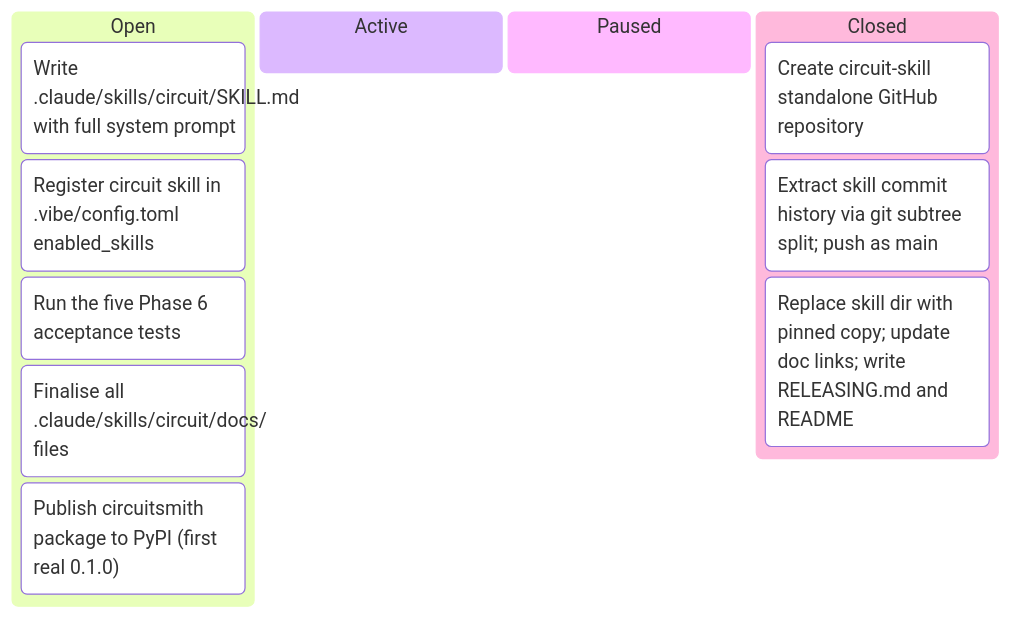
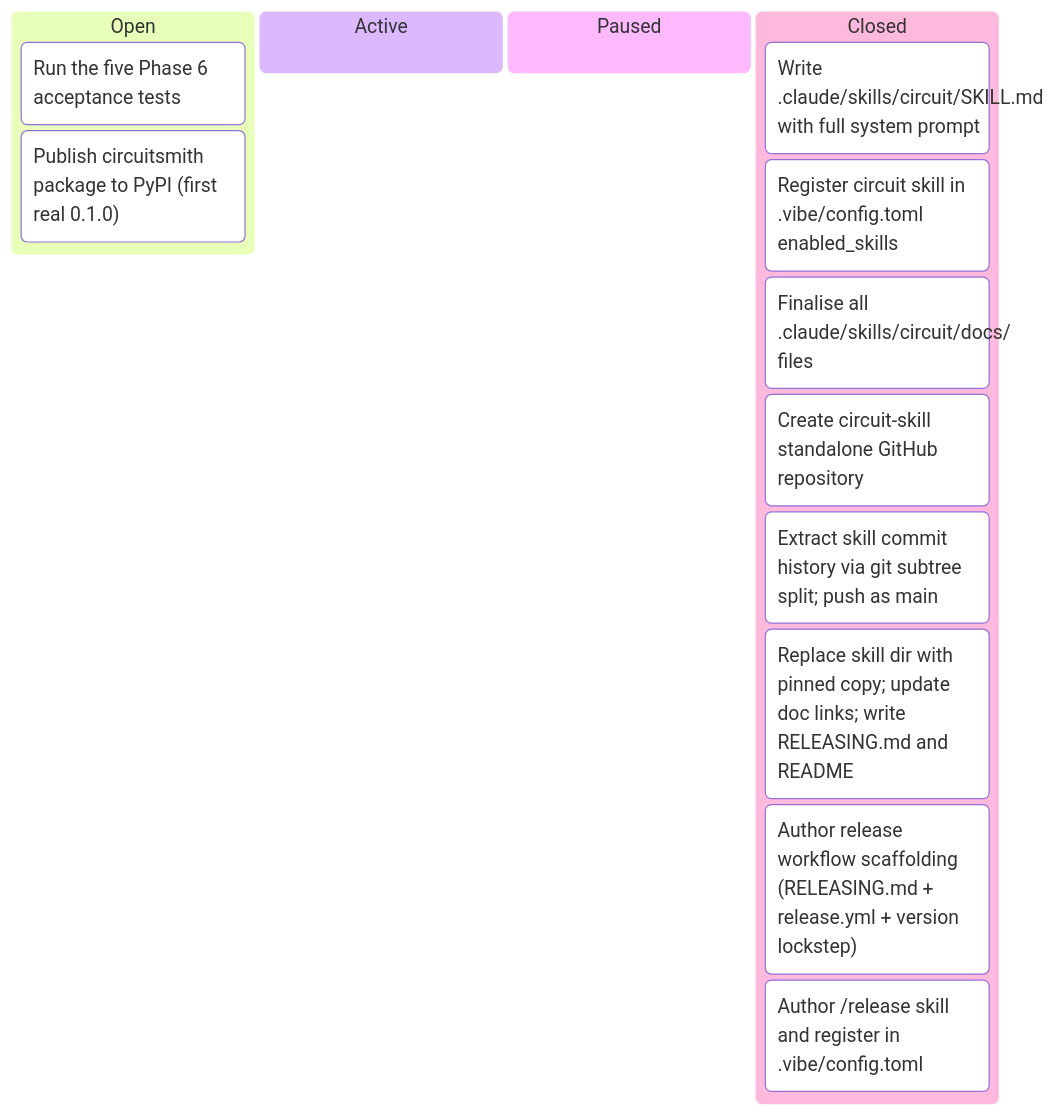
Before and after one commit to tgd1975/CircuitSmith: the diagram in docs/developers/tasks/KANBAN.md, drawn with Mermaid. The commit also changed other lines of this file and 23 other files, not shown here.

````diff
--- a/docs/developers/tasks/KANBAN.md
+++ b/docs/developers/tasks/KANBAN.md
@@ -11,15 +11,17 @@
 ```mermaid
 kanban
   Open
-    TASK_039["Write .claude/skills/circuit/SKILL.md with full system prompt"]
-    TASK_040["Register circuit skill in .vibe/config.toml enabled_skills"]
     TASK_041["Run the five Phase 6 acceptance tests"]
-    TASK_042["Finalise all .claude/skills/circuit/docs/ files"]
     TASK_080["Publish circuitsmith package to PyPI (first real 0.1.0)"]
   Active
   Paused
   Closed
+    TASK_039["Write .claude/skills/circuit/SKILL.md with full system prompt"]
+    TASK_040["Register circuit skill in .vibe/config.toml enabled_skills"]
+    TASK_042["Finalise all .claude/skills/circuit/docs/ files"]
     TASK_043["Create circuit-skill standalone GitHub repository"]
     TASK_044["Extract skill commit history via git subtree split; push as main"]
     TASK_045["Replace skill dir with pinned copy; update doc links; write RELEASING.md and README"]
+    TASK_081["Author release workflow scaffolding (RELEASING.md + release.yml + version lockstep)"]
+    TASK_082["Author /release skill and register in .vibe/config.toml"]
 ```
````
